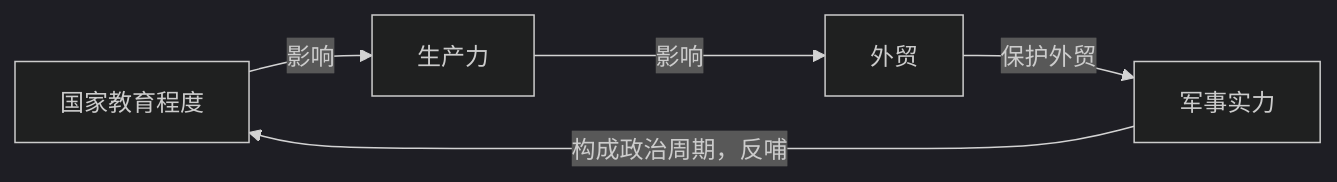
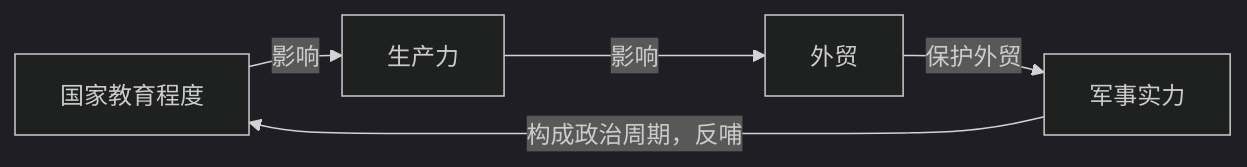
One commit to retroglot/notebook changed the diagram in F/原则：应对变化中的世界秩序.md. Above: the diagram before and after it, drawn with Mermaid (dark theme). The commit also changed 1 other file, not shown here.

````diff
--- a/F/原则：应对变化中的世界秩序.md
+++ b/F/原则：应对变化中的世界秩序.md
@@ -9,7 +9,8 @@
-```mermaid %%{init: {'flowchart': {'useMaxWidth': false, 'diagramPadding': }}}%%
+```mermaid
+%%{init: {'flowchart': {'useMaxWidth': false, 'diagramPadding': 20, 'nodeSpacing': 30, 'rankSpacing': 30}}}%%
 graph LR
     A[国家教育程度] -->|影响| B[生产力]
     B -->|影响| C[外贸]
     C -->|保护外贸| D[军事实力]
     D -- 构成政治周期，反哺 --> A
 ```
````
